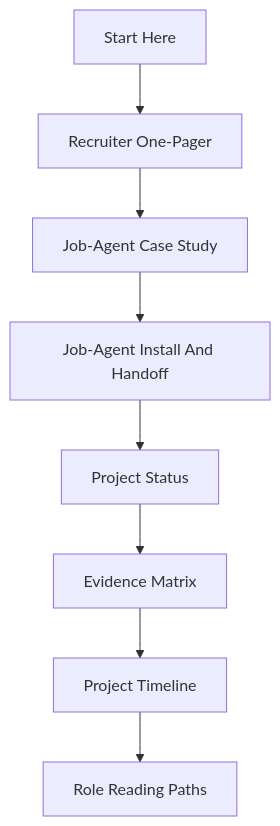
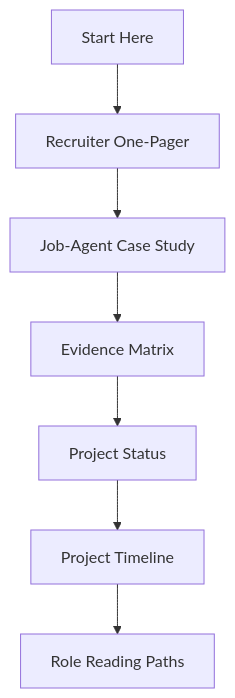
One commit to marcus-uden-dev/ai-native-proof-of-work changed the diagram in NAVIGATION.md. Above: the diagram before and after it, drawn with Mermaid. The commit also changed other lines of this file and 15 other files, not shown here.

Commit message:
docs: save job agent repo updates

````diff
--- a/NAVIGATION.md
+++ b/NAVIGATION.md
@@ -81,10 +91,9 @@
 ```mermaid
 flowchart TD
     A["Start Here"] --> B["Recruiter One-Pager"]
     B --> C["Job-Agent Case Study"]
-    C --> D["Job-Agent Install And Handoff"]
+    C --> D["Evidence Matrix"]
     D --> E["Project Status"]
-    E --> F["Evidence Matrix"]
-    F --> G["Project Timeline"]
-    G --> H["Role Reading Paths"]
+    E --> F["Project Timeline"]
+    F --> G["Role Reading Paths"]
 ```
````
